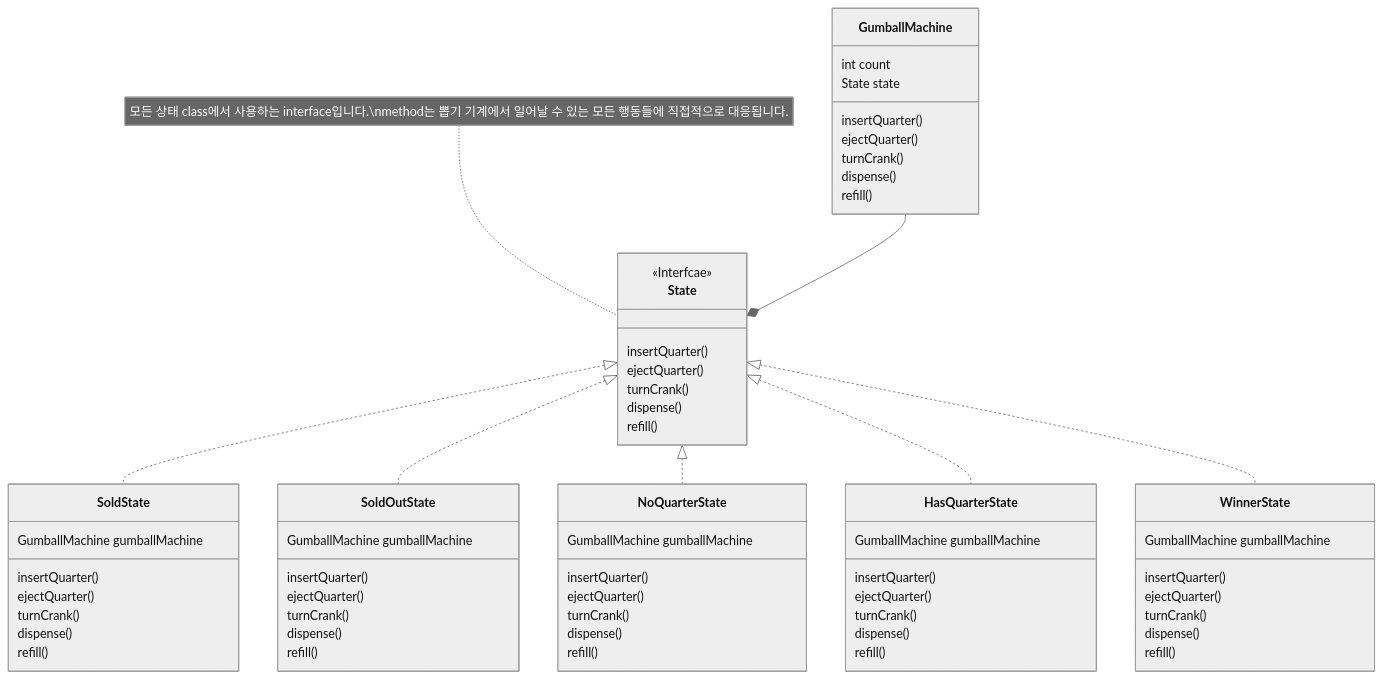
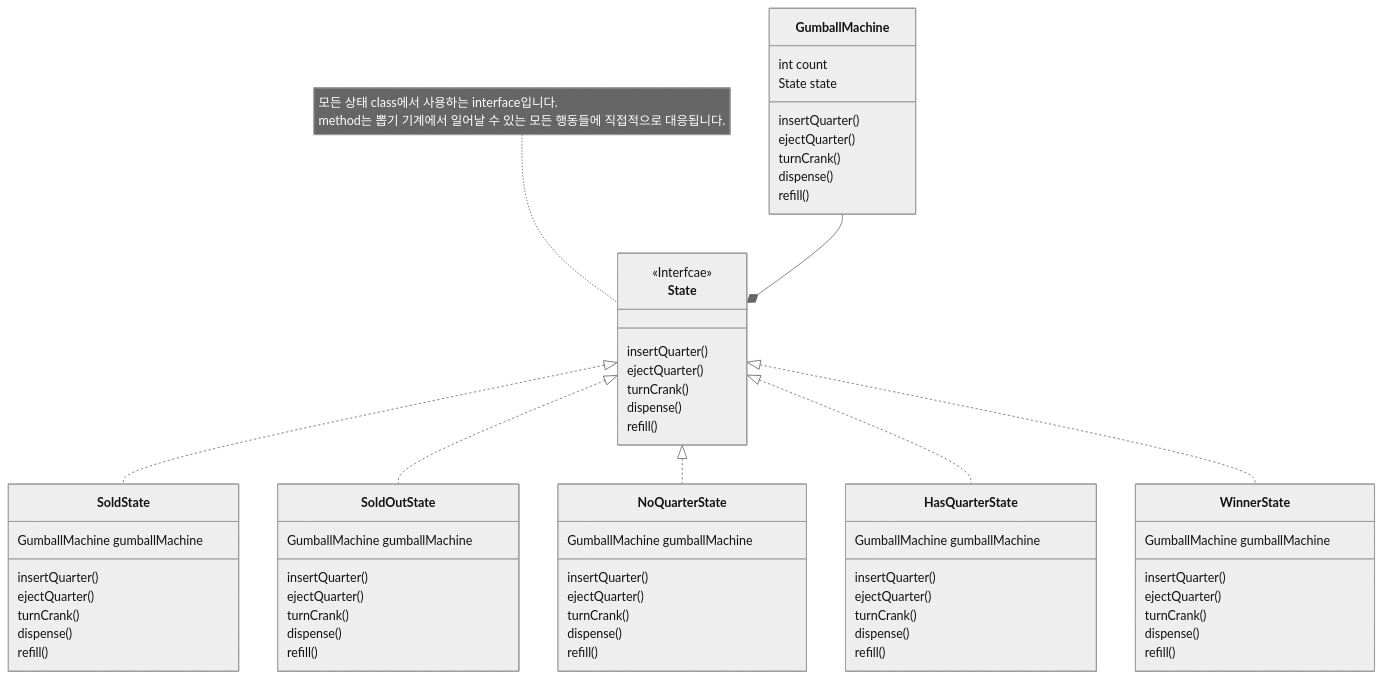
Before and after one commit to choesimin/choesimin.github.io: the seventh of 7 diagrams in collections/_skills/design-pattern/state-pattern.md, drawn with Mermaid (neutral theme). The commit also changed 9 other files, not shown here.

````diff
--- a/collections/_skills/design-pattern/state-pattern.md
+++ b/collections/_skills/design-pattern/state-pattern.md
@@ -795,79 +795,79 @@
 ```mermaid
 classDiagram
 
 class GumballMachine {
     int count
     State state
     insertQuarter()
     ejectQuarter()
     turnCrank()
     dispense()
     refill()
 }
 
 class State {
     <<Interfcae>>
     insertQuarter()
     ejectQuarter()
     turnCrank()
     dispense()
     refill()
 }
 
 class SoldState {
     GumballMachine gumballMachine
     insertQuarter()
     ejectQuarter()
     turnCrank()
     dispense()
     refill()
 }
 
 class SoldOutState {
     GumballMachine gumballMachine
     insertQuarter()
     ejectQuarter()
     turnCrank()
     dispense()
     refill()
 }
 
 class NoQuarterState {
     GumballMachine gumballMachine
     insertQuarter()
     ejectQuarter()
     turnCrank()
     dispense()
     refill()
 }
 
 class HasQuarterState {
     GumballMachine gumballMachine
     insertQuarter()
     ejectQuarter()
     turnCrank()
     dispense()
     refill()
 }
 
 class WinnerState {
     GumballMachine gumballMachine
     insertQuarter()
     ejectQuarter()
     turnCrank()
     dispense()
     refill()
 }
 
 
 GumballMachine --* State
 
 State <|.. SoldState
 State <|.. SoldOutState
 State <|.. NoQuarterState
 State <|.. HasQuarterState
 State <|.. WinnerState
 
 
-note for State "모든 상태 class에서 사용하는 interface입니다.\nmethod는 뽑기 기계에서 일어날 수 있는 모든 행동들에 직접적으로 대응됩니다."
+note for State "모든 상태 class에서 사용하는 interface입니다.<br>method는 뽑기 기계에서 일어날 수 있는 모든 행동들에 직접적으로 대응됩니다."
 ```
````
